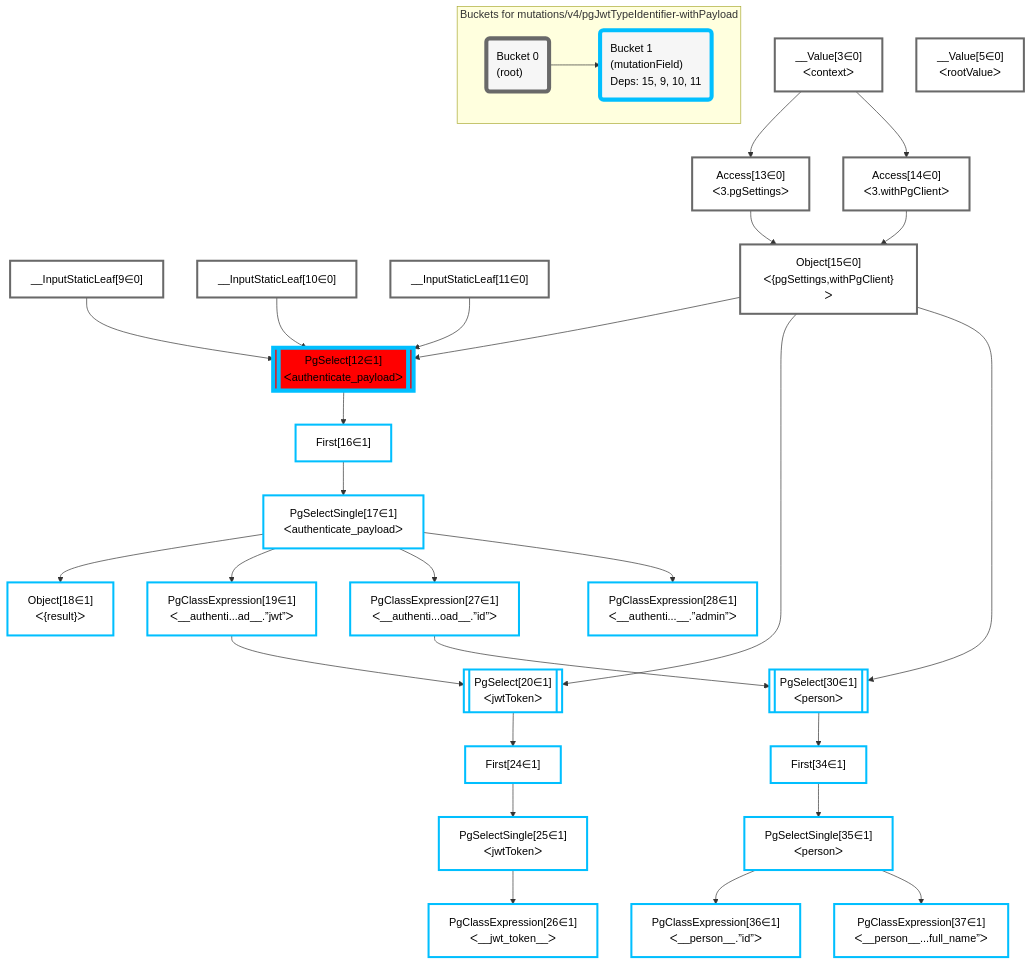
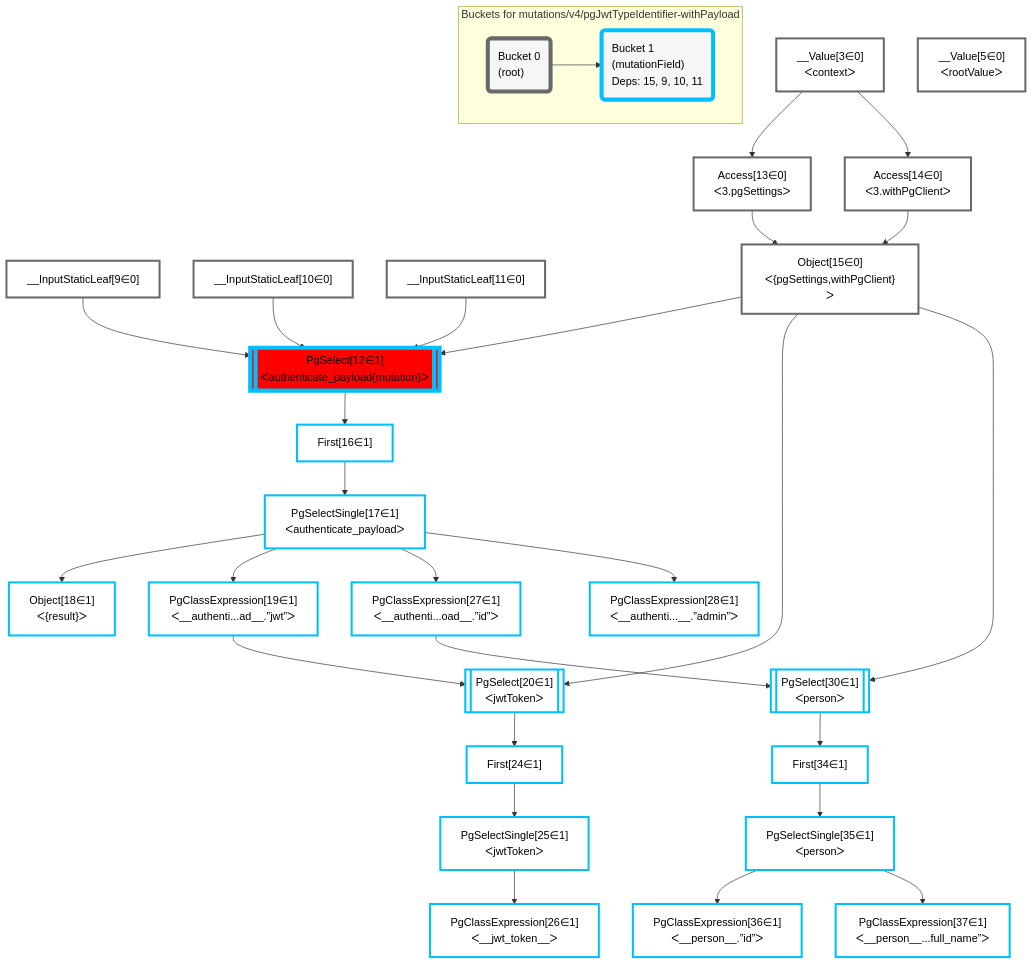
Before and after one commit to graphile/crystal: the diagram in packages/postgraphile/__tests__/mutations/v4/pgJwtTypeIdentifier-withPayload.mermaid, drawn with Mermaid. The commit also changed 18 other files, not shown here.

Commit message:
Update mermaid snapshots

```diff
--- a/packages/postgraphile/__tests__/mutations/v4/pgJwtTypeIdentifier-withPayload.mermaid
+++ b/packages/postgraphile/__tests__/mutations/v4/pgJwtTypeIdentifier-withPayload.mermaid
@@ -1,66 +1,66 @@
 graph TD
     classDef path fill:#eee,stroke:#000,color:#000
     classDef plan fill:#fff,stroke-width:3px,color:#000
     classDef itemplan fill:#fff,stroke-width:6px,color:#000
     classDef sideeffectplan fill:#f00,stroke-width:6px,color:#000
     classDef bucket fill:#f6f6f6,color:#000,stroke-width:6px,text-align:left
 
 
     %% define steps
     __Value3["__Value[3∈0]<br />ᐸcontextᐳ"]:::plan
     __Value5["__Value[5∈0]<br />ᐸrootValueᐳ"]:::plan
     __InputStaticLeaf9["__InputStaticLeaf[9∈0]"]:::plan
     __InputStaticLeaf10["__InputStaticLeaf[10∈0]"]:::plan
     __InputStaticLeaf11["__InputStaticLeaf[11∈0]"]:::plan
     Access13["Access[13∈0]<br />ᐸ3.pgSettingsᐳ"]:::plan
     Access14["Access[14∈0]<br />ᐸ3.withPgClientᐳ"]:::plan
     Object15["Object[15∈0]<br />ᐸ{pgSettings,withPgClient}ᐳ"]:::plan
-    PgSelect12[["PgSelect[12∈1]<br />ᐸauthenticate_payloadᐳ"]]:::sideeffectplan
+    PgSelect12[["PgSelect[12∈1]<br />ᐸauthenticate_payload(mutation)ᐳ"]]:::sideeffectplan
     First16["First[16∈1]"]:::plan
     PgSelectSingle17["PgSelectSingle[17∈1]<br />ᐸauthenticate_payloadᐳ"]:::plan
     Object18["Object[18∈1]<br />ᐸ{result}ᐳ"]:::plan
     PgClassExpression19["PgClassExpression[19∈1]<br />ᐸ__authenti...ad__.”jwt”ᐳ"]:::plan
     PgSelect20[["PgSelect[20∈1]<br />ᐸjwtTokenᐳ"]]:::plan
     First24["First[24∈1]"]:::plan
     PgSelectSingle25["PgSelectSingle[25∈1]<br />ᐸjwtTokenᐳ"]:::plan
     PgClassExpression26["PgClassExpression[26∈1]<br />ᐸ__jwt_token__ᐳ"]:::plan
     PgClassExpression27["PgClassExpression[27∈1]<br />ᐸ__authenti...oad__.”id”ᐳ"]:::plan
     PgClassExpression28["PgClassExpression[28∈1]<br />ᐸ__authenti...__.”admin”ᐳ"]:::plan
     PgSelect30[["PgSelect[30∈1]<br />ᐸpersonᐳ"]]:::plan
     First34["First[34∈1]"]:::plan
     PgSelectSingle35["PgSelectSingle[35∈1]<br />ᐸpersonᐳ"]:::plan
     PgClassExpression36["PgClassExpression[36∈1]<br />ᐸ__person__.”id”ᐳ"]:::plan
     PgClassExpression37["PgClassExpression[37∈1]<br />ᐸ__person__...full_name”ᐳ"]:::plan
 
     %% plan dependencies
     __Value3 --> Access13
     __Value3 --> Access14
     Access13 & Access14 --> Object15
     Object15 & __InputStaticLeaf9 & __InputStaticLeaf10 & __InputStaticLeaf11 --> PgSelect12
     PgSelect12 --> First16
     First16 --> PgSelectSingle17
     PgSelectSingle17 --> Object18
     PgSelectSingle17 --> PgClassExpression19
     Object15 & PgClassExpression19 --> PgSelect20
     PgSelect20 --> First24
     First24 --> PgSelectSingle25
     PgSelectSingle25 --> PgClassExpression26
     PgSelectSingle17 --> PgClassExpression27
     PgSelectSingle17 --> PgClassExpression28
     Object15 & PgClassExpression27 --> PgSelect30
     PgSelect30 --> First34
     First34 --> PgSelectSingle35
     PgSelectSingle35 --> PgClassExpression36
     PgSelectSingle35 --> PgClassExpression37
 
     %% plan-to-path relationships
 
     subgraph "Buckets for mutations/v4/pgJwtTypeIdentifier-withPayload"
     Bucket0("Bucket 0<br />(root)"):::bucket
     classDef bucket0 stroke:#696969
     class Bucket0,__Value3,__Value5,__InputStaticLeaf9,__InputStaticLeaf10,__InputStaticLeaf11,Access13,Access14,Object15 bucket0
     Bucket1("Bucket 1<br />(mutationField)<br />Deps: 15, 9, 10, 11"):::bucket
     classDef bucket1 stroke:#00bfff
     class Bucket1,PgSelect12,First16,PgSelectSingle17,Object18,PgClassExpression19,PgSelect20,First24,PgSelectSingle25,PgClassExpression26,PgClassExpression27,PgClassExpression28,PgSelect30,First34,PgSelectSingle35,PgClassExpression36,PgClassExpression37 bucket1
     Bucket0 --> Bucket1
     end
```
